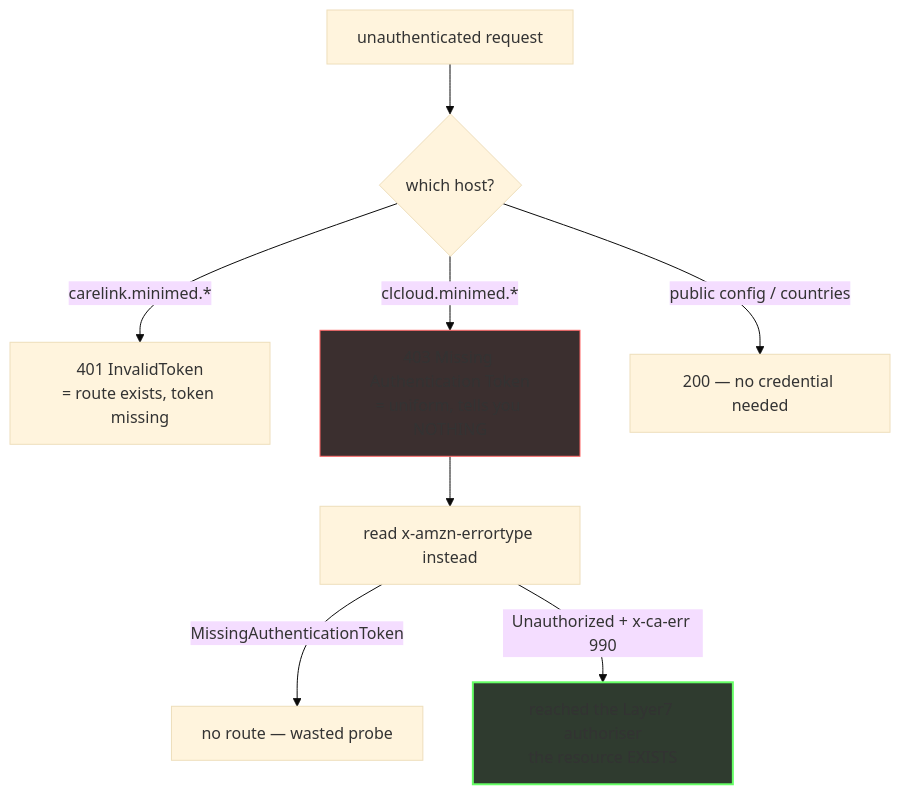
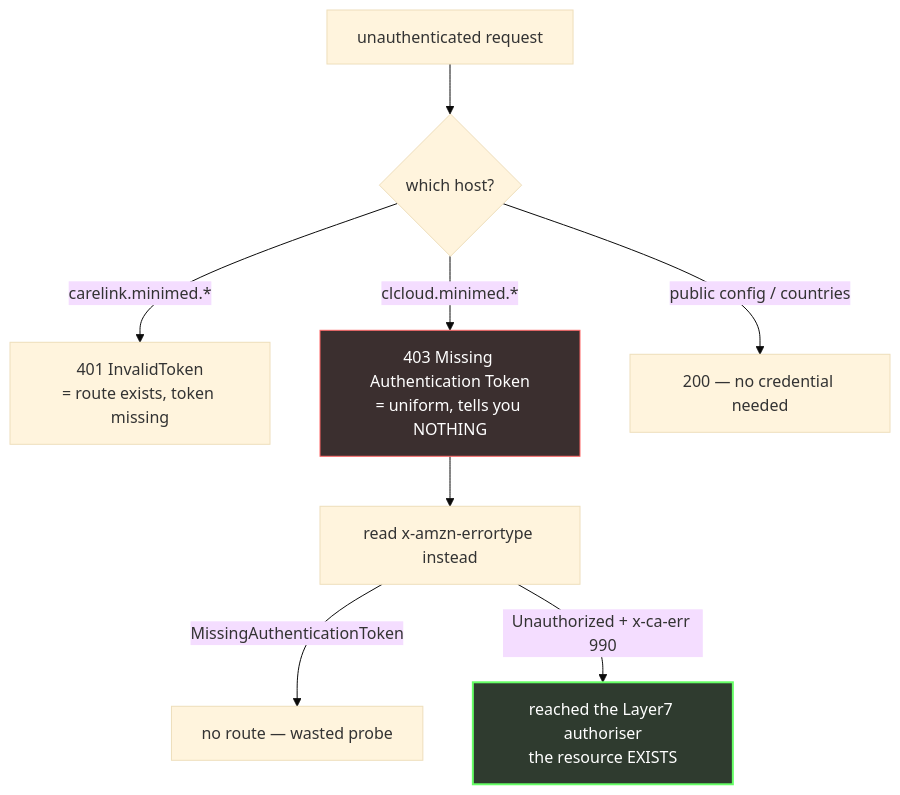
Before and after one commit to NovaLux12/carelink-api-research: the diagram in docs/06-patient-api-surface.md, drawn with Mermaid (base theme). The commit also changed 1 other file, not shown here.

Commit message:
docs/00, docs/06: light text on dark Mermaid nodes
Same defect as README (dark fills, default dark text): add color:#fff
to the 4 style lines. docs/02 deferred until worker J merges — it is
J's synthesis target and touching it mid-pool risks a rebase conflict.

````diff
--- a/docs/06-patient-api-surface.md
+++ b/docs/06-patient-api-surface.md
@@ -55,12 +55,12 @@
 ```mermaid
 flowchart TD
     P["unauthenticated request"] --> H{which host?}
     H -->|"carelink.minimed.*"| C1["401 InvalidToken<br/>= route exists, token missing"]
     H -->|"clcloud.minimed.*"| C2["403 Missing Authentication Token<br/>= uniform, tells you NOTHING"]
     C2 --> C3["read x-amzn-errortype instead"]
     C3 -->|"MissingAuthenticationToken"| C4["no route — wasted probe"]
     C3 -->|"Unauthorized + x-ca-err 990"| C5["reached the Layer7 authoriser<br/>the resource EXISTS"]
     H -->|"public config / countries"| C6["200 — no credential needed"]
-    style C2 fill:#3b2f2f,stroke:#f66
-    style C5 fill:#2f3b2f,stroke:#6f6,stroke-width:2px
+    style C2 fill:#3b2f2f,stroke:#f66,color:#fff
+    style C5 fill:#2f3b2f,stroke:#6f6,stroke-width:2px,color:#fff
 ```
````
